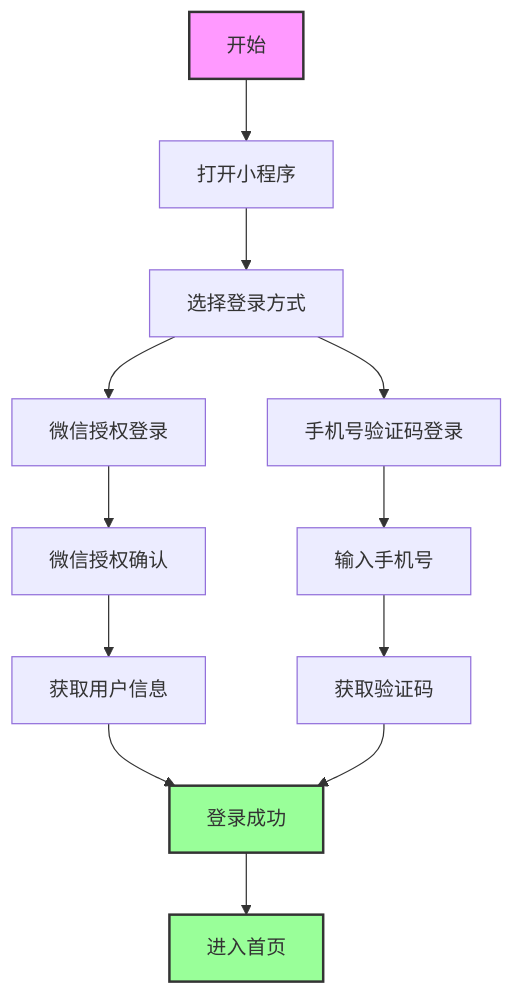
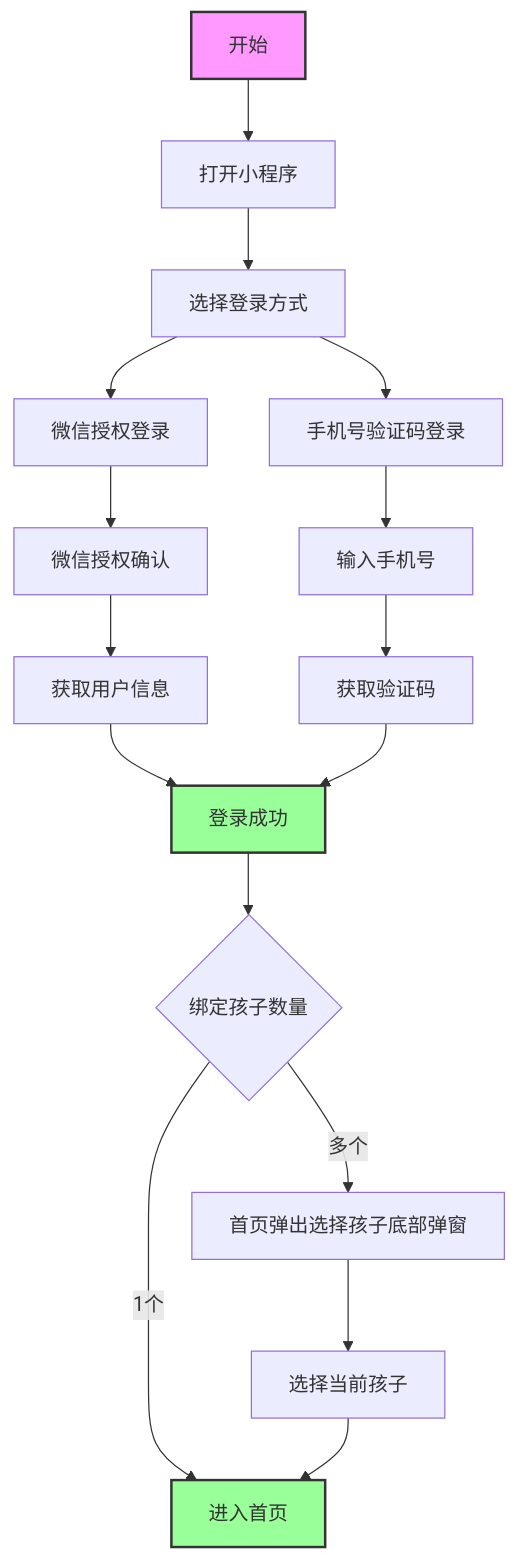
The fourth of 18 diagrams in 2-AI伴读V1.0/PRD文档/校校读吧学生端PRD_V1.0.md (22816523/math-kids), drawn with Mermaid before and after one commit. The commit also changed other lines of this file, not shown here.

Commit message:
docs(ai-reading): update student PRD for multi-child support

````diff
--- a/2-AI伴读V1.0/PRD文档/校校读吧学生端PRD_V1.0.md
+++ b/2-AI伴读V1.0/PRD文档/校校读吧学生端PRD_V1.0.md
@@ -481,23 +499,27 @@
 ```mermaid
 graph TD
     Start[开始] --> OpenApp[打开小程序]
     OpenApp --> ChooseLogin[选择登录方式]
 
     ChooseLogin --> WechatAuth[微信授权登录]
     ChooseLogin --> PhoneLogin[手机号验证码登录]
 
     WechatAuth --> WechatConfirm[微信授权确认]
     WechatConfirm --> GetUserInfo[获取用户信息]
 
     PhoneLogin --> InputPhone[输入手机号]
     InputPhone --> GetCode[获取验证码]
 
     GetUserInfo --> LoginSuccess[登录成功]
     GetCode --> LoginSuccess
 
-    LoginSuccess --> EnterHome[进入首页]
+    LoginSuccess --> CheckChildCount{绑定孩子数量}
+    CheckChildCount -->|1个| EnterHome[进入首页]
+    CheckChildCount -->|多个| ShowChildPicker[首页弹出选择孩子底部弹窗]
+    ShowChildPicker --> SelectChild[选择当前孩子]
+    SelectChild --> EnterHome
 
     style Start fill:#f9f,stroke:#333,stroke-width:2px
     style LoginSuccess fill:#9f9,stroke:#333,stroke-width:2px
     style EnterHome fill:#9f9,stroke:#333,stroke-width:2px
 ```
````
